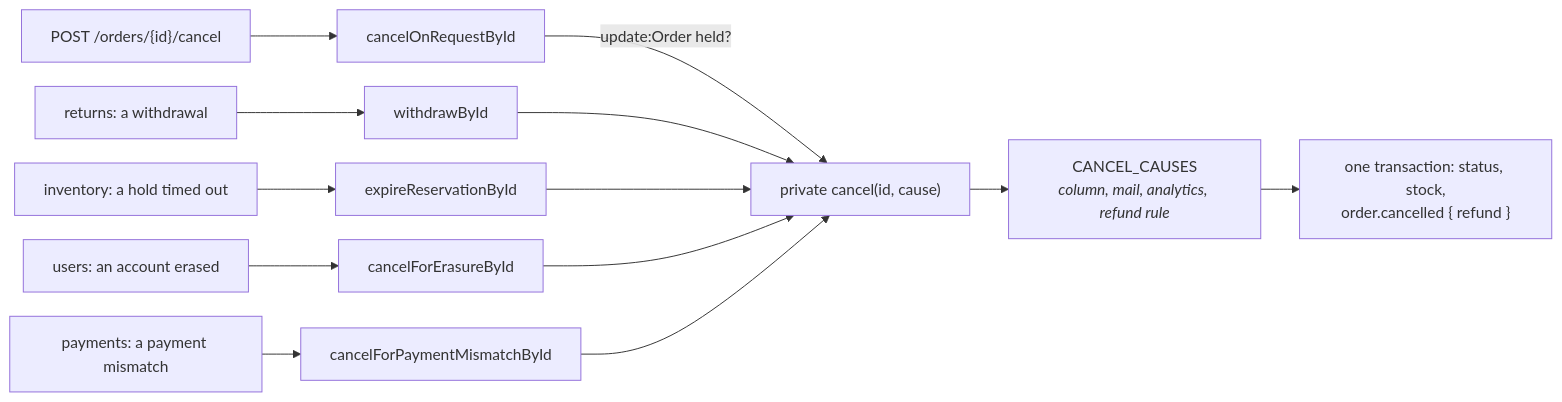
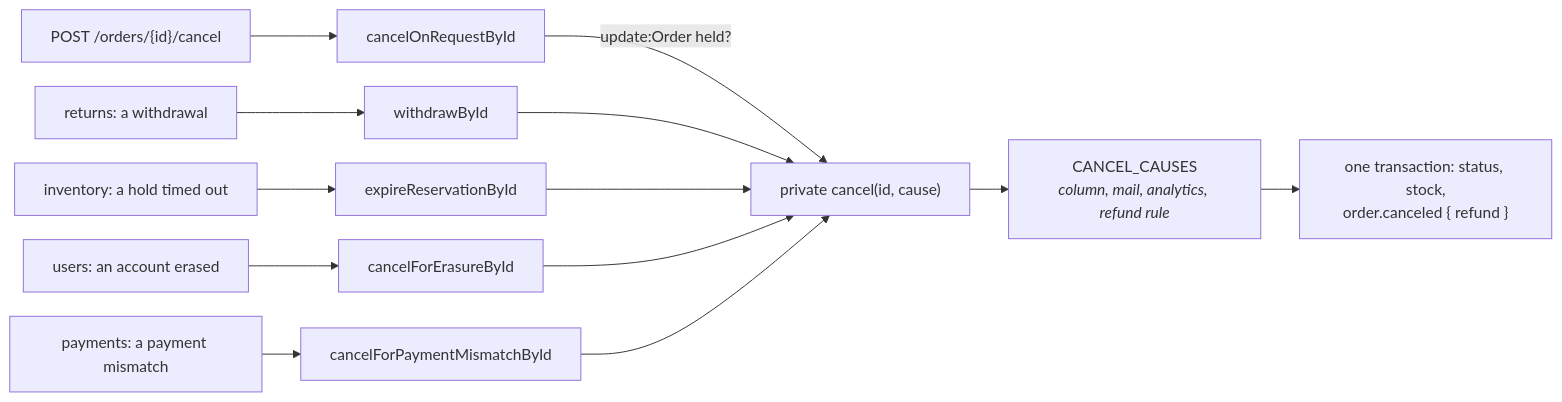
Before and after one commit to Guebbit/boilerplate-node-backend: the second of 9 diagrams in docs/modules/orders.md, drawn with Mermaid. The commit also changed other lines of this file and 301 other files, not shown here.

````diff
--- a/docs/modules/orders.md
+++ b/docs/modules/orders.md
@@ -118,16 +118,16 @@
 ```mermaid
 %%{init: {'flowchart': {'nodeSpacing': 25, 'rankSpacing': 40}}}%%
 flowchart LR
     R["POST /orders/{id}/cancel"] --> D1["cancelOnRequestById"]
     W["returns: a withdrawal"] --> D2["withdrawById"]
     X["inventory: a hold timed out"] --> D3["expireReservationById"]
     E["users: an account erased"] --> D4["cancelForErasureById"]
     P["payments: a payment mismatch"] --> D5["cancelForPaymentMismatchById"]
     D1 -->|"update:Order held?"| C["private cancel(id, cause)"]
     D2 --> C
     D3 --> C
     D4 --> C
     D5 --> C
     C --> T["CANCEL_CAUSES<br/><i>column, mail, analytics, refund rule</i>"]
-    T --> M["one transaction: status, stock,<br/>order.cancelled { refund }"]
+    T --> M["one transaction: status, stock,<br/>order.canceled { refund }"]
 ```
````
